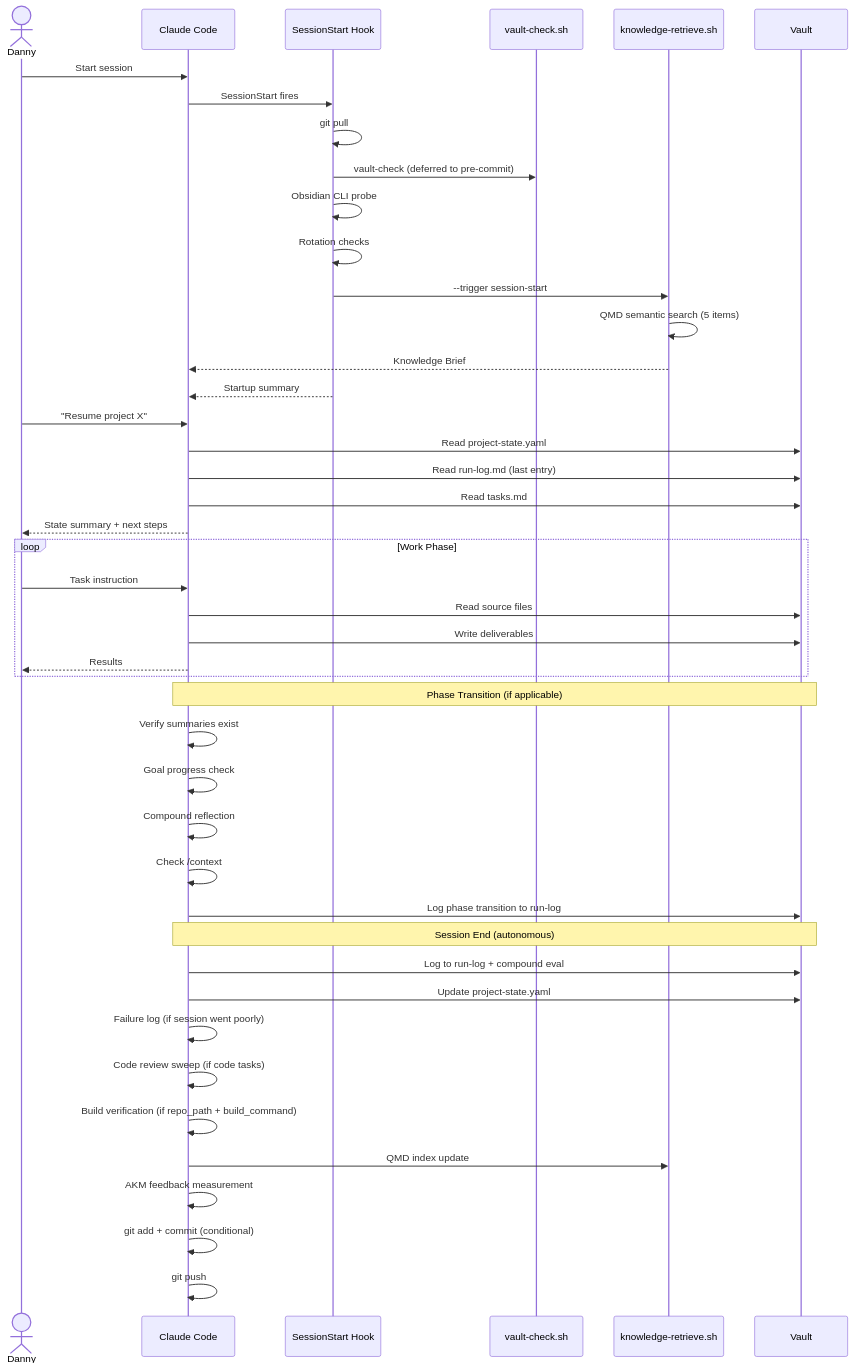
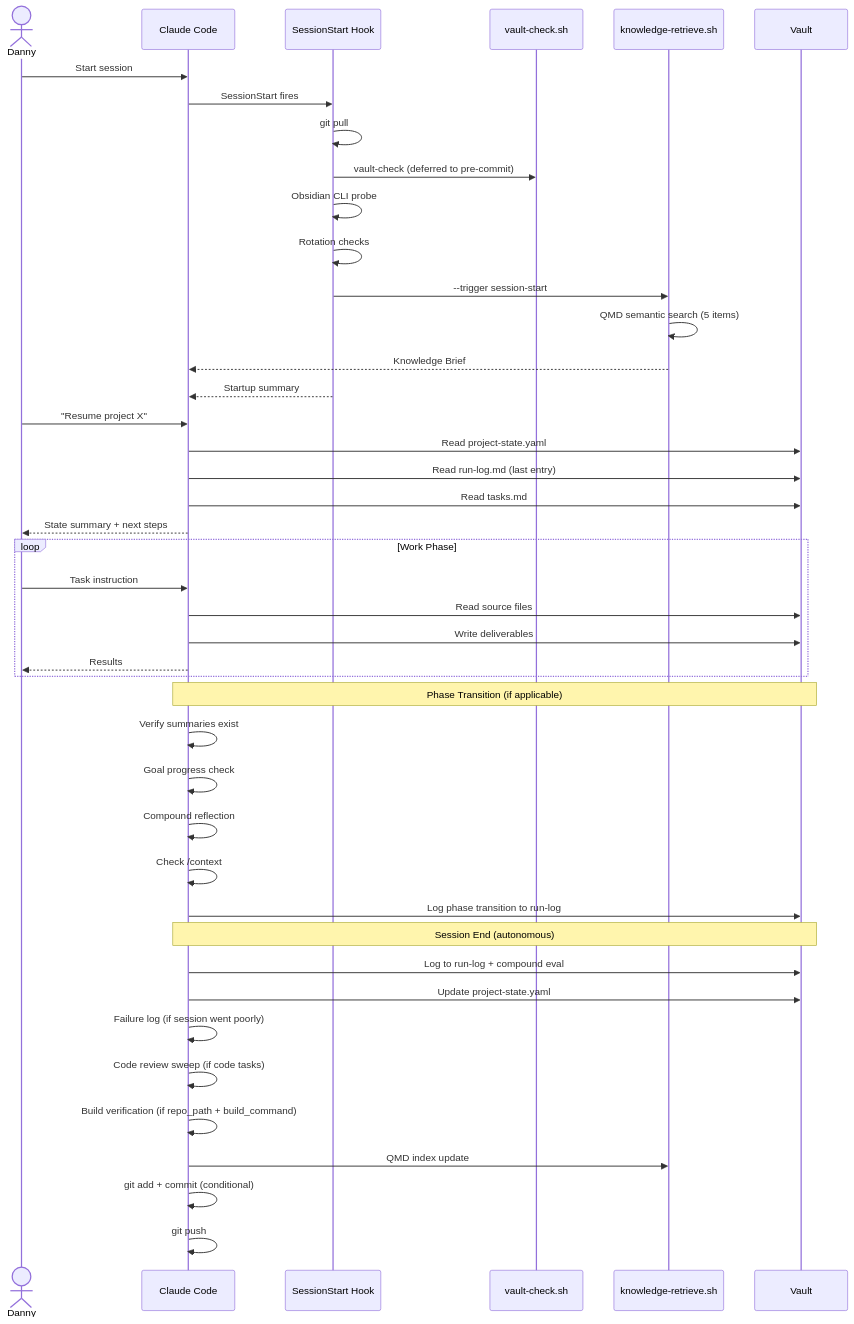
The first of 6 diagrams in _system/docs/architecture/03-runtime-views.md (djt71/crumb-vault-mirror), drawn with Mermaid before and after one commit. The commit also changed other lines of this file and 9 other files, not shown here.

Commit message:
sync: docs: architecture set refresh — roster 11/agents 3, 04-deployment restructured (Part I current / Part II historical), frontmatter dates + model-policy phrasing fixed

````diff
--- a/_system/docs/architecture/03-runtime-views.md
+++ b/_system/docs/architecture/03-runtime-views.md
@@ -25,52 +25,51 @@
 ```mermaid
 %%{init: {'theme': 'default'}}%%
 sequenceDiagram
     actor Danny
     participant CC as Claude Code
     participant Hook as SessionStart Hook
     participant VC as vault-check.sh
     participant AKM as knowledge-retrieve.sh
     participant Vault
 
     Danny->>CC: Start session
     CC->>Hook: SessionStart fires
     Hook->>Hook: git pull
     Hook->>VC: vault-check (deferred to pre-commit)
     Hook->>Hook: Obsidian CLI probe
     Hook->>Hook: Rotation checks
     Hook->>AKM: --trigger session-start
     AKM->>AKM: QMD semantic search (5 items)
     AKM-->>CC: Knowledge Brief
     Hook-->>CC: Startup summary
 
     Danny->>CC: "Resume project X"
     CC->>Vault: Read project-state.yaml
     CC->>Vault: Read run-log.md (last entry)
     CC->>Vault: Read tasks.md
     CC-->>Danny: State summary + next steps
 
     loop Work Phase
         Danny->>CC: Task instruction
         CC->>Vault: Read source files
         CC->>Vault: Write deliverables
         CC-->>Danny: Results
     end
 
     Note over CC,Vault: Phase Transition (if applicable)
     CC->>CC: Verify summaries exist
     CC->>CC: Goal progress check
     CC->>CC: Compound reflection
     CC->>CC: Check /context
     CC->>Vault: Log phase transition to run-log
 
     Note over CC,Vault: Session End (autonomous)
     CC->>Vault: Log to run-log + compound eval
     CC->>Vault: Update project-state.yaml
     CC->>CC: Failure log (if session went poorly)
     CC->>CC: Code review sweep (if code tasks)
     CC->>CC: Build verification (if repo_path + build_command)
     CC->>AKM: QMD index update
-    CC->>CC: AKM feedback measurement
     CC->>CC: git add + commit (conditional)
     CC->>CC: git push
 ```
````
